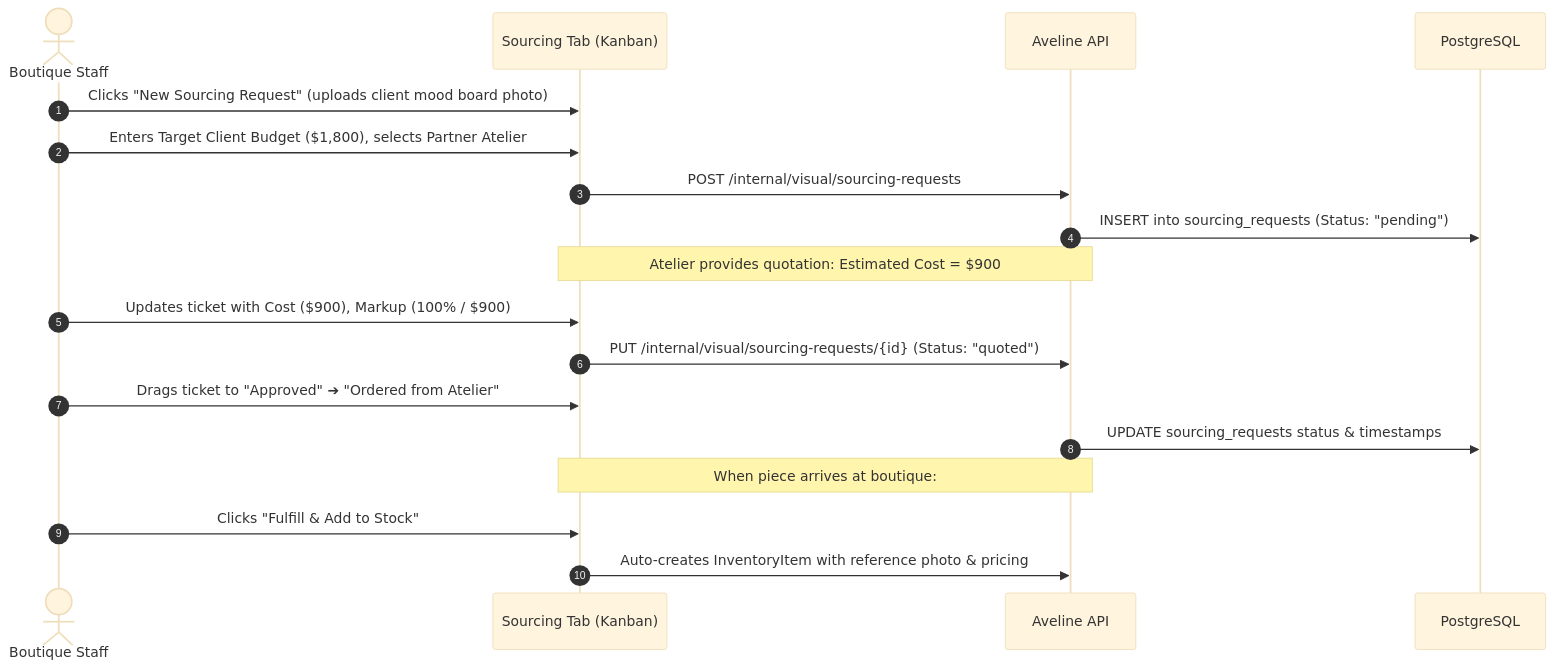
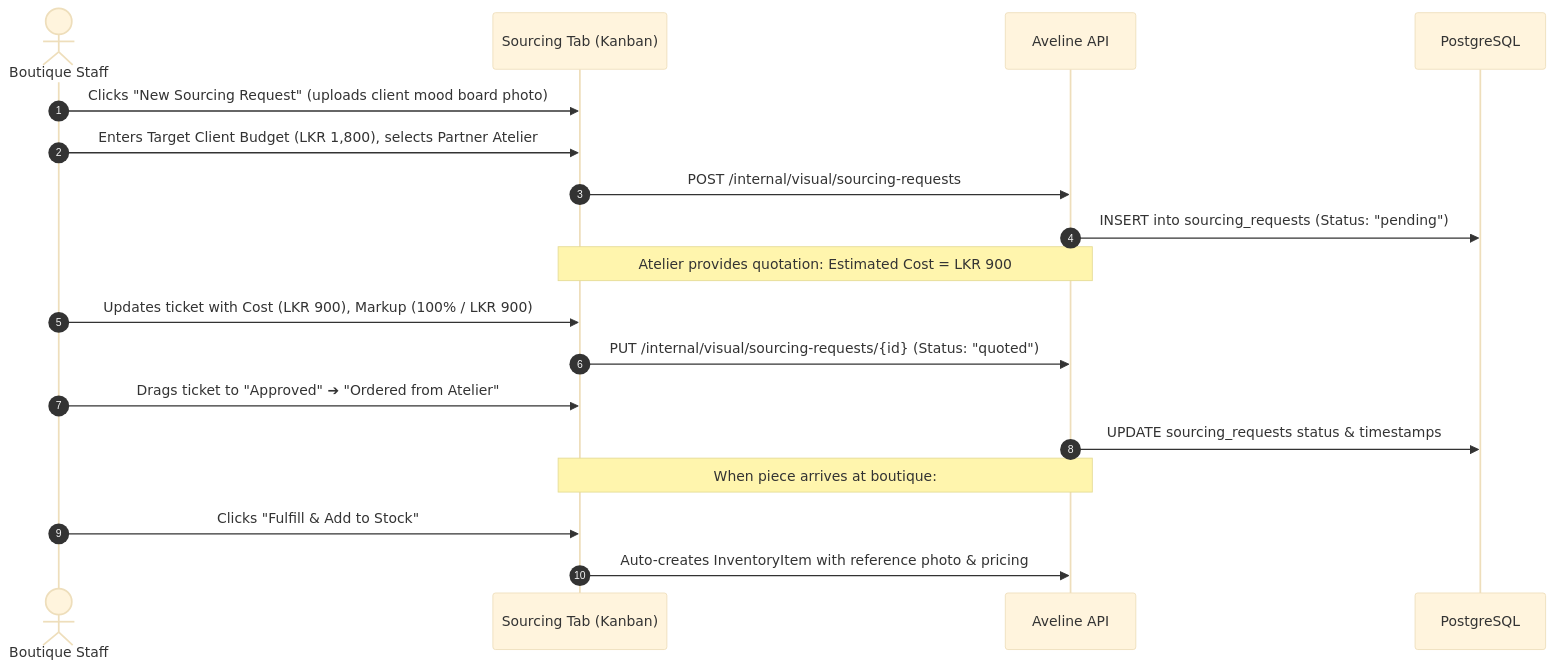
Before and after one commit to KavinduNirmal/aveline: the fifth of 5 diagrams in frontend/web/src/components/catalog/Catalog UI.md, drawn with Mermaid (base theme). The commit also changed 16 other files, not shown here.

````diff
--- a/frontend/web/src/components/catalog/Catalog UI.md
+++ b/frontend/web/src/components/catalog/Catalog UI.md
@@ -232,21 +232,21 @@
 ```mermaid
 sequenceDiagram
     autonumber
     actor Staff as Boutique Staff
     participant UI as Sourcing Tab (Kanban)
     participant API as Aveline API
     participant DB as PostgreSQL
 
     Staff->>UI: Clicks "New Sourcing Request" (uploads client mood board photo)
-    Staff->>UI: Enters Target Client Budget ($1,800), selects Partner Atelier
+    Staff->>UI: Enters Target Client Budget (LKR 1,800), selects Partner Atelier
     UI->>API: POST /internal/visual/sourcing-requests
     API->>DB: INSERT into sourcing_requests (Status: "pending")
-    Note over UI,API: Atelier provides quotation: Estimated Cost = $900
-    Staff->>UI: Updates ticket with Cost ($900), Markup (100% / $900)
+    Note over UI,API: Atelier provides quotation: Estimated Cost = LKR 900
+    Staff->>UI: Updates ticket with Cost (LKR 900), Markup (100% / LKR 900)
     UI->>API: PUT /internal/visual/sourcing-requests/{id} (Status: "quoted")
     Staff->>UI: Drags ticket to "Approved" ➔ "Ordered from Atelier"
     API->>DB: UPDATE sourcing_requests status & timestamps
     Note over UI,API: When piece arrives at boutique:
     Staff->>UI: Clicks "Fulfill & Add to Stock"
     UI->>API: Auto-creates InventoryItem with reference photo & pricing
 ```
````
